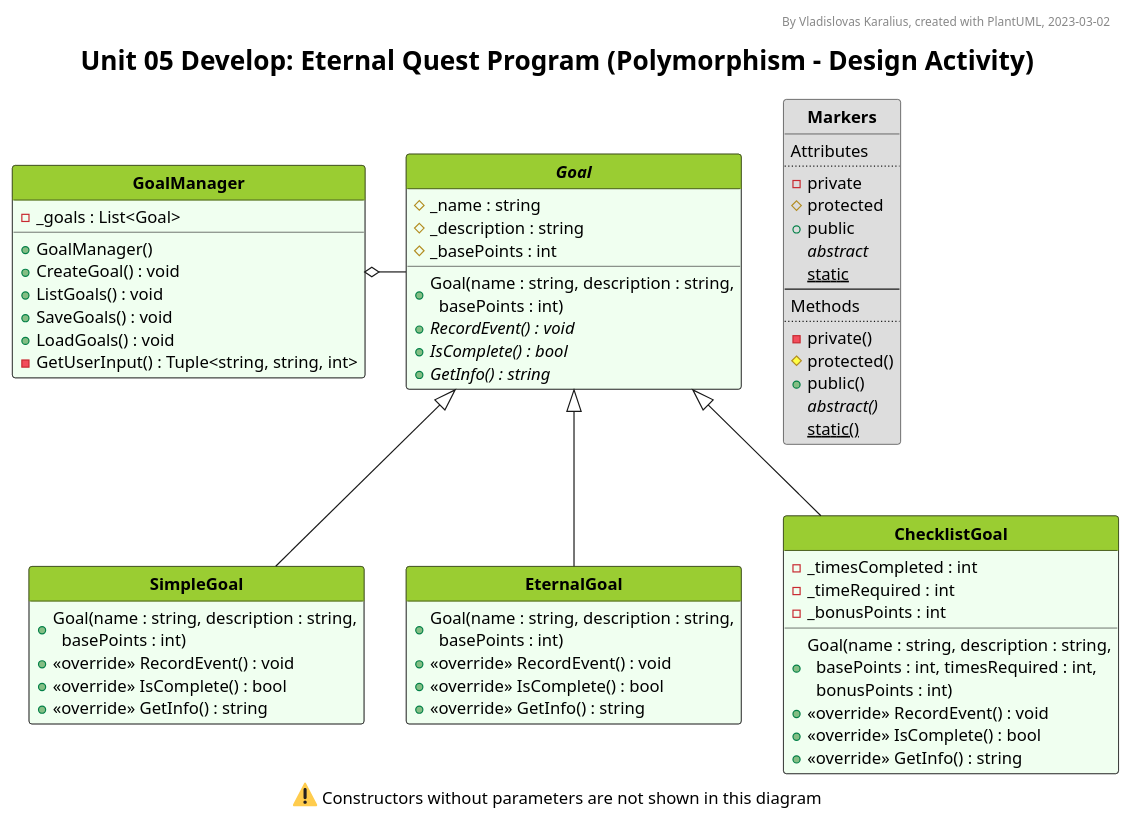
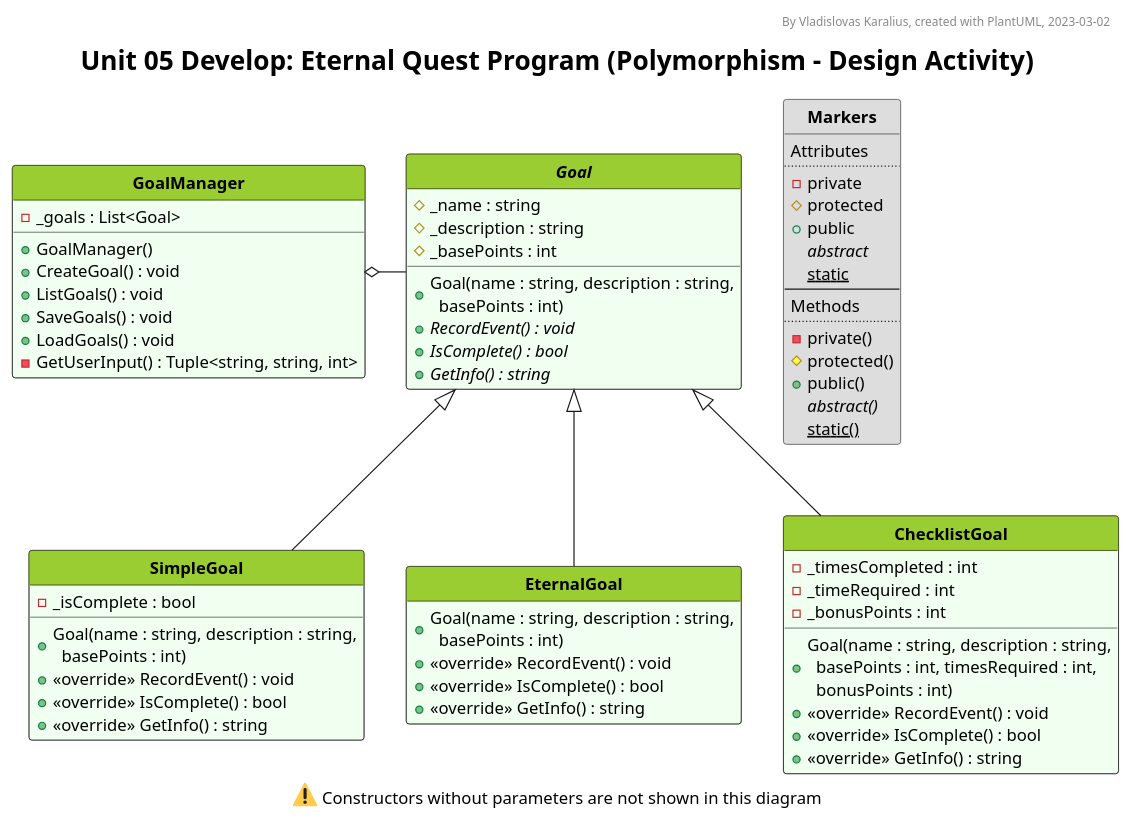
One commit to VladKaralius/cse210-projects changed the diagram in prove/Develop05/UML_diagram.pu. Above: the diagram before and after it, drawn with PlantUML. The commit also changed 5 other files, not shown here.

```diff
--- a/prove/Develop05/UML_diagram.pu
+++ b/prove/Develop05/UML_diagram.pu
@@ -1,199 +1,200 @@
 @startuml UML_diagram
 
 '--Formatting options--
 hide circle
 hide empty members
 'skinparam classAttributeIconSize 0
 skinparam style strictuml
 'skinparam groupInheritance 2
 'skinparam linetype ortho
 'skinparam Nodesep 15
 'skinparam Ranksep 25
 'left to right direction
 
 '--Styling--
 'skinparam BackgroundColor White/LightGreen
 skinparam TitleFontSize 22
 
 <style>
 classDiagram {
   class {
     '-attributes and methods-
     'FontSize 14
     'FontColor black
     'BackgroundColor #fefece
     BackgroundColor #f0fff0
     'RoundCorner 0
     '-class name-
     header {
       'FontSize 12
       'FontColor Black
       FontStyle bold
       BackgroundColor YellowGreen
     }
   }
   note {
     BackgroundColor Yellow
   }
   legend {
     FontSize 20
   }
 </style>
 
 '--Header, title, caption--
 header By Vladislovas Karalius, created with PlantUML, 2023-03-02
 title Unit 05 Develop: Eternal Quest Program (Polymorphism - Design Activity)
 caption <:warning:> Constructors without parameters are not shown in this diagram
 
 ' Dummy class that explains visibility symbols
 class Markers #dddddd {
 Attributes
 ..
 - private
 # protected
 + public
 {abstract} abstract
 {static} static
 --
 Methods
 ..
 - private()
 # protected()
 + public()
 {abstract} abstract()
 {static} static()
 }
 
 'Goal -right[hidden]- Markers
 
 '--Main--
 class GoalManager{
   - _goals : List<Goal>
   + GoalManager()
   + CreateGoal() : void
   + ListGoals() : void
   + SaveGoals() : void
   + LoadGoals() : void
   - GetUserInput() : Tuple<string, string, int>
 
 }
 GoalManager o- Goal
 
 
 abstract class Goal {
   # _name : string
   # _description : string
   # _basePoints : int
   + Goal(name : string, description : string,\n  basePoints : int)
   + {abstract} RecordEvent() : void
   + {abstract} IsComplete() : bool
   + {abstract} GetInfo() : string
 }
 
 class SimpleGoal extends Goal {
+  - _isComplete : bool
   + Goal(name : string, description : string,\n  basePoints : int)
   + <<override>> RecordEvent() : void
   + <<override>> IsComplete() : bool
   + <<override>> GetInfo() : string
 }
 
 class EternalGoal extends Goal {
   + Goal(name : string, description : string,\n  basePoints : int)
   + <<override>> RecordEvent() : void
   + <<override>> IsComplete() : bool
   + <<override>> GetInfo() : string
 }
 
 class ChecklistGoal extends Goal {
   - _timesCompleted : int
   - _timeRequired : int
   - _bonusPoints : int
   + Goal(name : string, description : string,\n  basePoints : int, timesRequired : int,\n  bonusPoints : int)
   + <<override>> RecordEvent() : void
   + <<override>> IsComplete() : bool
   + <<override>> GetInfo() : string
 }
 
 ' class BreathingActivity {
 '   + RunActivity() : void
 ' }
 
 ' class ReflectionActivity {
 '   - _reflectionPromptGenerator : ReflectionPromptGenerator
 '   - _reflectionQuestionGenerator : ReflectionQuestionGenerator
 '   + RunActivity() : void
 ' }
 
 ' class ListingActivity {
 '   - _listingPromptGenerator : ListingPromptGenerator
 '   - _itemCount : int
 '   + RunActivity() : void
 ' }
 
 ' class ReflectionPromptGenerator {
 '   - _reflectionPrompts : List<string>
 '   + GetPrompt() : string
 ' }
 
 ' class ReflectionQuestionGenerator {
 '   - _reflectionQuestions : List<string>
 '   + GetQuestion() : string
 ' }
 
 ' class ListingPromptGenerator {
 '   - _listingPrompts : List<string>
 '   + GetPrompt() : string
 ' }
 
 ' class Animation <<auxiliary>> {
 '   + Display(duration : int) : void
 ' }
 
 ' class Countdown <<auxiliary>> {
 '   + Display(duration : int) : void
 ' }
 
 ' Activity <|-- BreathingActivity
 ' Activity <|-- ReflectionActivity
 ' Activity <|-- ListingActivity
 ' ReflectionActivity ..> ReflectionPromptGenerator
 ' ReflectionActivity ..> ReflectionQuestionGenerator
 ' ListingActivity ..> ListingPromptGenerator
 ' Activity .left.> Animation
 ' Activity .right.> Countdown
 
 '--Description--
 ' legend bottom
 ' <size:22>__**Core Requirements**__
 ' The program has one base class **Activity**. This class contains the attributes and methods
 ' that are common to all activities. Certain functions are put into separate classes as follows:
 
 ' * **Animation** class is responsible for displaying the spinner animation for a given duration.
 ' * **Countdown** class is responsible for displaying the countdown with the interval of 1 second.
 
 ' BreathingActivity, ReflectionActivity, and ListingActivity classes are derived from the base
 ' Activity class. They have attributes and methods that are unique to each of them.
 ' //RunActivity()// method is named the same, but it performs differently for each activity.
 
 ' **BreathingActivity** class has no attributes. It just contains the //RunActivity()// method.
 ' That is sufficient for this class.
 
 ' **ReflectionActivity** class uses two other classes: ReflectionPromptGenerator and
 ' ReflectionQuestionGenerator.
 
 ' * **ReflectionPrompGenerator** provides random prompts for the ReflectionActivity class.
 ' * **ReflectionQuestionGenerator** provides random Questions for the ReflectionActivity class.
 
 ' **ListingActivity** class has an attribute which is used to count the number of items
 ' that a user types during this activity. It also uses another class: ListingPromptGenerator.
 
 ' * **ListingPromptGenerator** provides random prompts for the ListingActivity class.
 
 ' <size:22>__**Showing Creativity and Exceeding Requirements**__
 ' To exceed the core requirements I added the ability to track the activation count and total
 ' duration for each activity while the program is running. I used static attributes to store
 ' this information and a static method //DisplayReport()// to view the results. I also added
 ' another menu item (//4. Display report//) that invokes this method.
 ' endlegend
 
 @enduml
```
